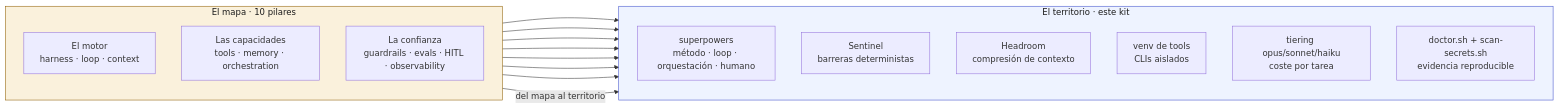
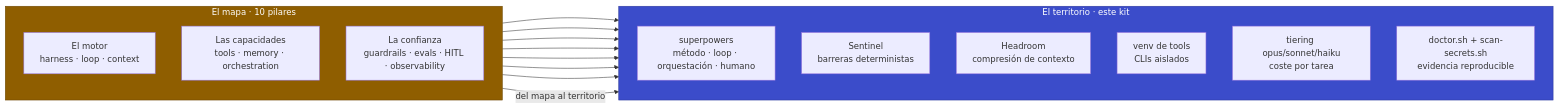
The diagram in kit/docs/01-overview.md (manuelcozar55/setup-claude-code), drawn with Mermaid before and after one commit. The commit also changed 3 other files, not shown here.

First line of the commit message:
docs: los diagramas pasan a mermaid, legibles en los dos temas, y con sensor

````diff
--- a/kit/docs/01-overview.md
+++ b/kit/docs/01-overview.md
@@ -46,28 +46,30 @@
 ```mermaid
 flowchart LR
     subgraph MAPA["El mapa · 10 pilares"]
         direction TB
         M["El motor<br/>harness · loop · context"]
         C["Las capacidades<br/>tools · memory · orchestration"]
         T["La confianza<br/>guardrails · evals · HITL · observability"]
     end
     subgraph TERR["El territorio · este kit"]
         direction TB
         SP["superpowers<br/>método · loop · orquestación · humano"]
         SE["Sentinel<br/>barreras deterministas"]
         HR["Headroom<br/>compresión de contexto"]
         VE["venv de tools<br/>CLIs aislados"]
         TI["tiering opus/sonnet/haiku<br/>coste por tarea"]
         DR["doctor.sh + scan-secrets.sh<br/>evidencia reproducible"]
     end
     M --> SP
     M --> HR
     M --> VE
     C --> SP
     C --> TI
     T --> SE
     T --> DR
     MAPA -->|"del mapa al territorio"| TERR
-    style MAPA fill:#faf1dc,stroke:#8f5e00,color:#1a1a1a
-    style TERR fill:#eef3ff,stroke:#3b4cca,color:#1a1a1a
+    classDef mapa fill:#8F5E00,stroke:#6B4600,color:#FFFFFF
+    classDef terr fill:#3B4CCA,stroke:#2A379B,color:#FFFFFF
+    class MAPA mapa
+    class TERR terr
 ```
````
